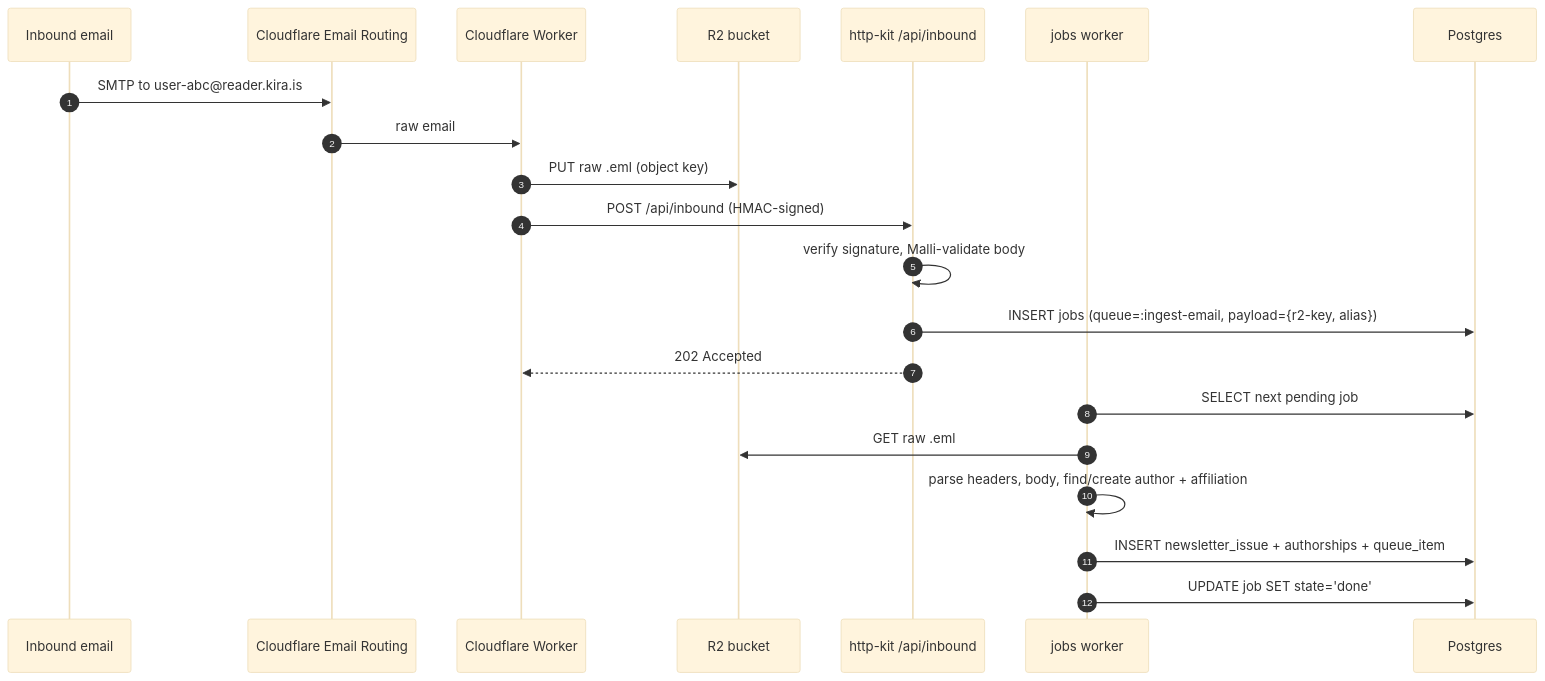
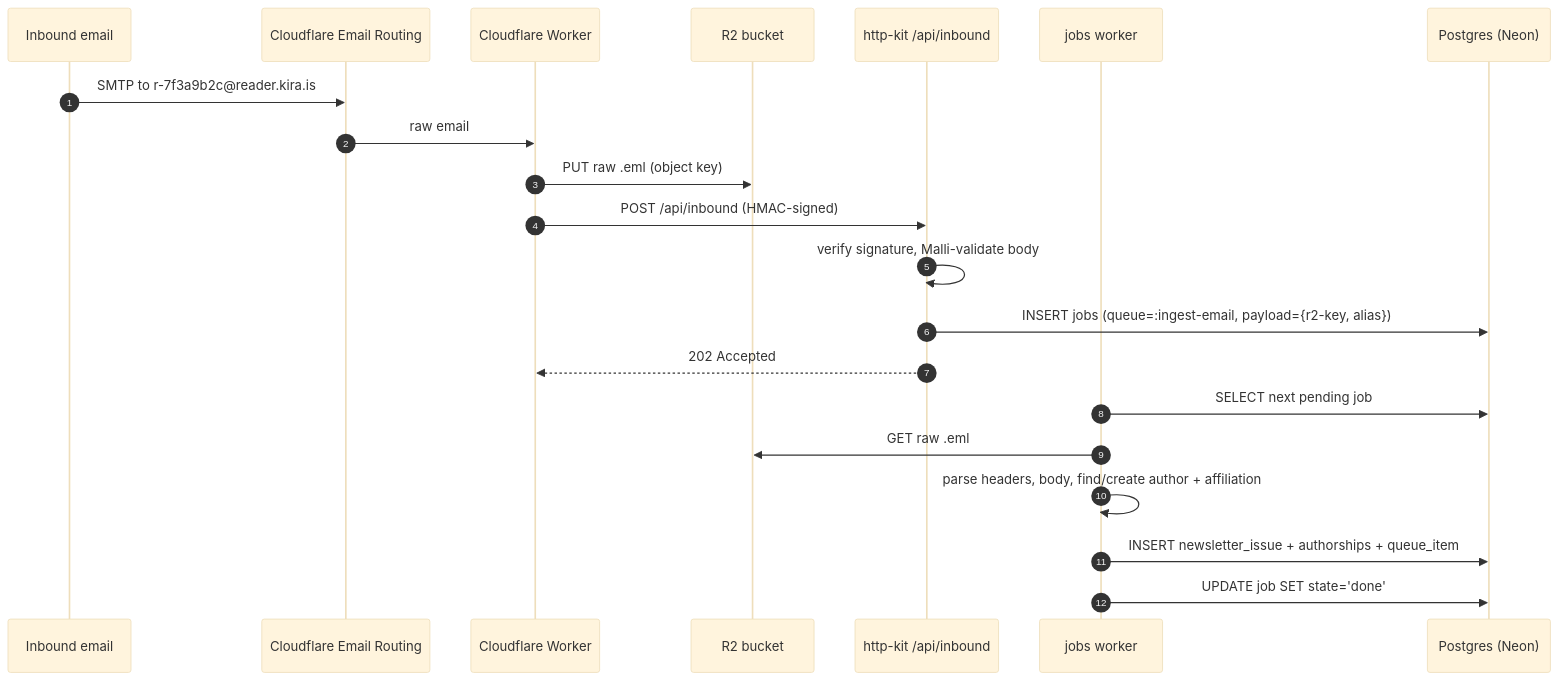
Before and after one commit to kirahowe/reader: the third of 4 diagrams in docs/architecture.md, drawn with Mermaid (base theme). The commit also changed other lines of this file and 46 other files, not shown here.

````diff
--- a/docs/architecture.md
+++ b/docs/architecture.md
@@ -146,24 +138,24 @@
 ```mermaid
 sequenceDiagram
   autonumber
   participant E as Inbound email
   participant CR as Cloudflare Email Routing
   participant CW as Cloudflare Worker
   participant R as R2 bucket
   participant H as http-kit /api/inbound
   participant J as jobs worker
-  participant DB as Postgres
+  participant DB as Postgres (Neon)
 
-  E->>CR: SMTP to user-abc@reader.kira.is
+  E->>CR: SMTP to r-7f3a9b2c@reader.kira.is
   CR->>CW: raw email
   CW->>R: PUT raw .eml (object key)
   CW->>H: POST /api/inbound (HMAC-signed)
   H->>H: verify signature, Malli-validate body
   H->>DB: INSERT jobs (queue=:ingest-email, payload={r2-key, alias})
   H-->>CW: 202 Accepted
   J->>DB: SELECT next pending job
   J->>R: GET raw .eml
   J->>J: parse headers, body, find/create author + affiliation
   J->>DB: INSERT newsletter_issue + authorships + queue_item
   J->>DB: UPDATE job SET state='done'
 ```
````
